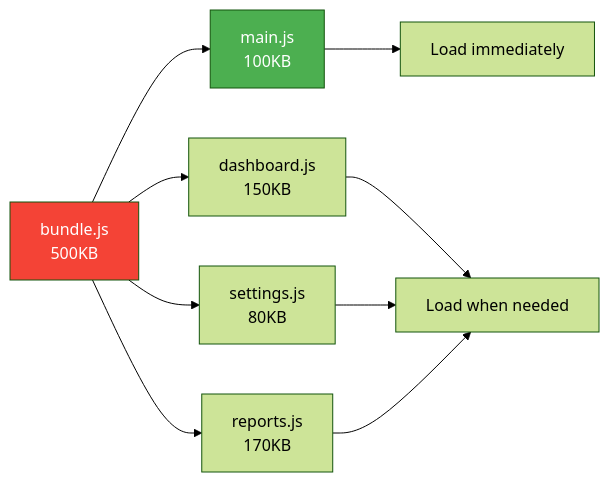
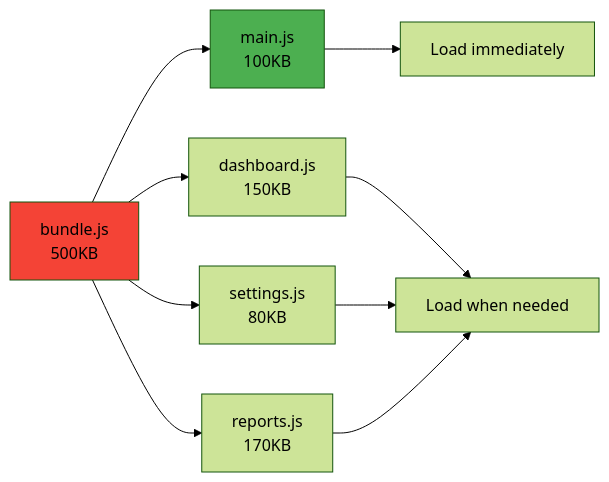
Before and after one commit to Anuhyaaa/web-optimization: diagram 26 of 35 in readme.md, drawn with Mermaid (forest theme). The commit also changed other lines of this file and 1 other file, not shown here.

Commit message:
Fix Mermaid diagram text visibility by removing invalid color:white syntax

````diff
--- a/readme.md
+++ b/readme.md
@@ -2340,15 +2340,15 @@
 ```mermaid
 graph LR
     A[bundle.js<br/>500KB] --> B[main.js<br/>100KB]
     A --> C[dashboard.js<br/>150KB]
     A --> D[settings.js<br/>80KB]
     A --> E[reports.js<br/>170KB]
     
     B --> F[Load immediately]
     C --> G[Load when needed]
     D --> G
     E --> G
     
-    style A fill:#F44336,color:white
-    style B fill:#4CAF50,color:white
+    style A fill:#F44336
+    style B fill:#4CAF50
 ```
````
